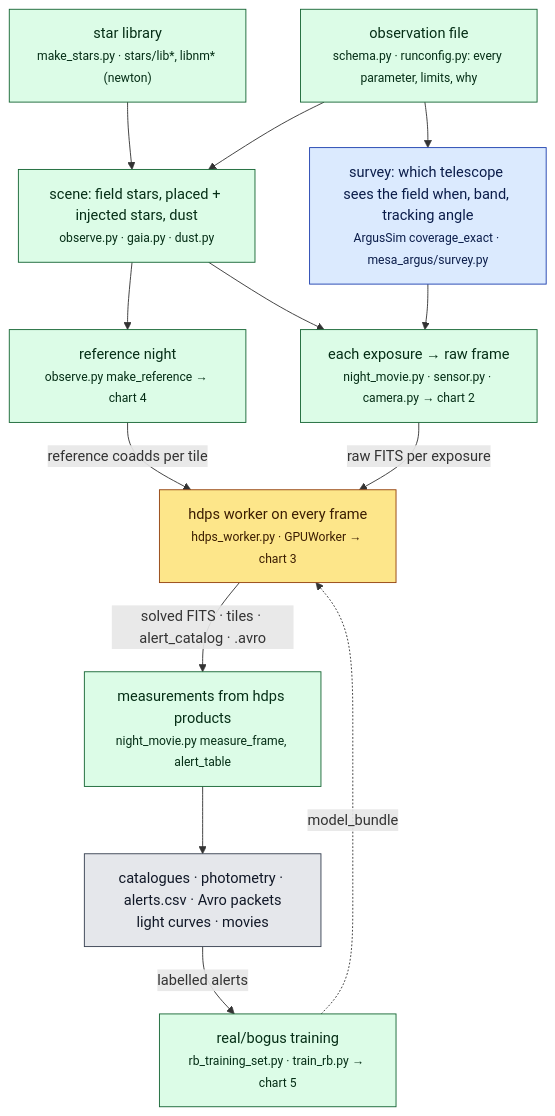
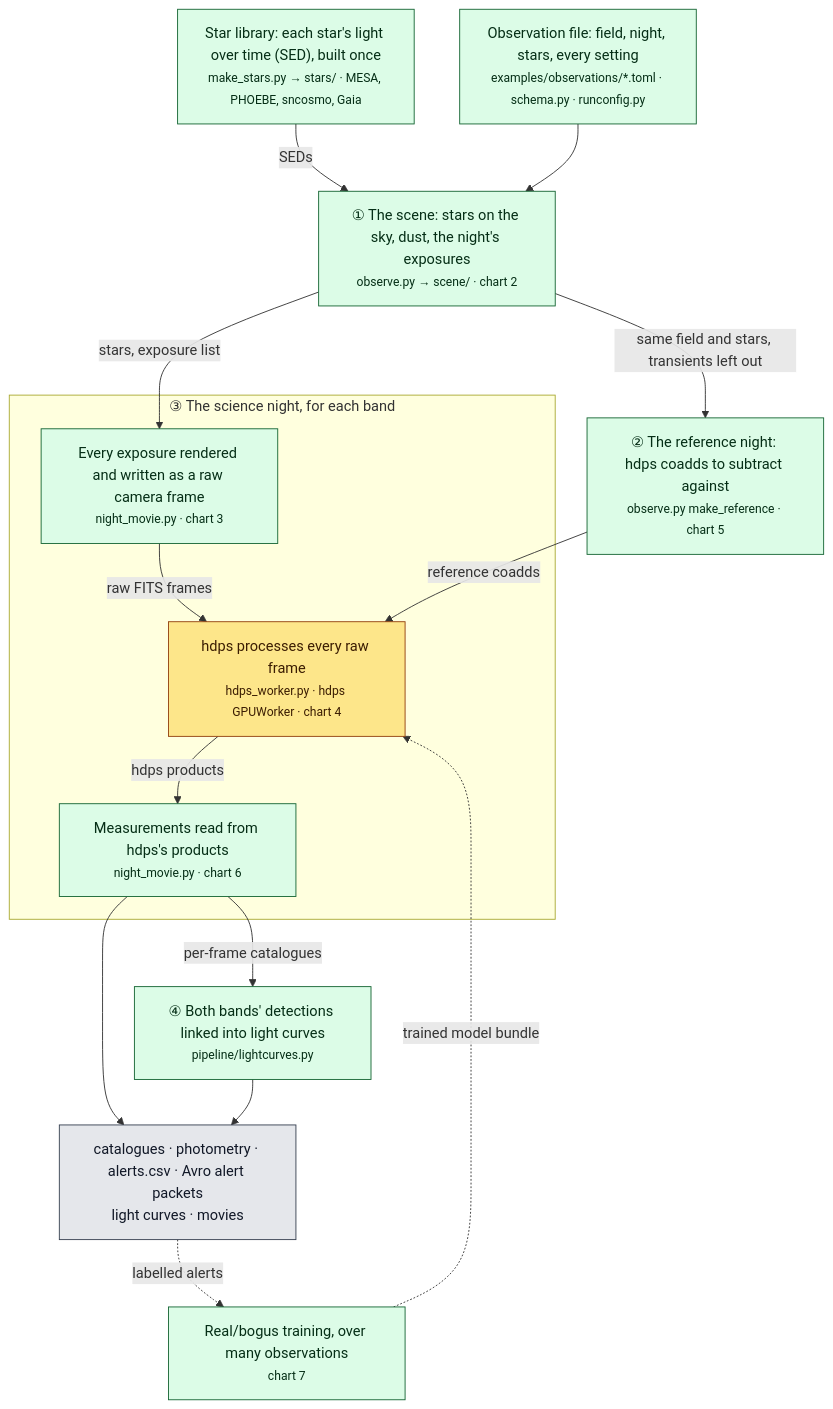
The first of 7 diagrams in docs/PIPELINE.md (nialljmiller/MESA_Argus), drawn with Mermaid before and after one commit. The commit also changed other lines of this file and 1 other file, not shown here.

````diff
--- a/docs/PIPELINE.md
+++ b/docs/PIPELINE.md
@@ -25,32 +35,36 @@
 ```mermaid
 flowchart TD
   classDef argus fill:#dbeafe,stroke:#1e40af,color:#0b1d4a
   classDef ours fill:#dcfce7,stroke:#166534,color:#052e16
   classDef hdps fill:#fde68a,stroke:#92400e,color:#3b1d02
-  classDef toy fill:#fecaca,stroke:#991b1b,color:#450a0a
   classDef out fill:#e5e7eb,stroke:#374151,color:#111827
 
-  LIB["star library<br/><small>make_stars.py · stars/lib*, libnm* (newton)</small>"]:::ours
-  OBS["observation file<br/><small>schema.py · runconfig.py: every parameter, limits, why</small>"]:::ours
-  SCENE["scene: field stars, placed + injected stars, dust<br/><small>observe.py · gaia.py · dust.py</small>"]:::ours
-  SURVEY["survey: which telescope sees the field when, band, tracking angle<br/><small>ArgusSim coverage_exact · mesa_argus/survey.py</small>"]:::argus
-  REF["reference night<br/><small>observe.py make_reference → chart 4</small>"]:::ours
-  EXP["each exposure → raw frame<br/><small>night_movie.py · sensor.py · camera.py → chart 2</small>"]:::ours
-  HDPS["hdps worker on every frame<br/><small>hdps_worker.py · GPUWorker → chart 3</small>"]:::hdps
-  MEAS["measurements from hdps products<br/><small>night_movie.py measure_frame, alert_table</small>"]:::ours
-  OUT["catalogues · photometry · alerts.csv · Avro packets<br/>light curves · movies"]:::out
-  TRAIN["real/bogus training<br/><small>rb_training_set.py · train_rb.py → chart 5</small>"]:::ours
+  LIB["Star library: each star's light over time (SED), built once<br/><small>make_stars.py → stars/ · MESA, PHOEBE, sncosmo, Gaia</small>"]:::ours
+  OBS["Observation file: field, night, stars, every setting<br/><small>examples/observations/*.toml · schema.py · runconfig.py</small>"]:::ours
 
-  LIB --> SCENE
+  SCENE["① The scene: stars on the sky, dust, the night's exposures<br/><small>observe.py → scene/ · chart 2</small>"]:::ours
+  REF["② The reference night: hdps coadds to subtract against<br/><small>observe.py make_reference · chart 5</small>"]:::ours
+
+  subgraph NIGHT["③ The science night, for each band"]
+    EXP["Every exposure rendered and written as a raw camera frame<br/><small>night_movie.py · chart 3</small>"]:::ours
+    HDPS["hdps processes every raw frame<br/><small>hdps_worker.py · hdps GPUWorker · chart 4</small>"]:::hdps
+    MEAS["Measurements read from hdps's products<br/><small>night_movie.py · chart 6</small>"]:::ours
+  end
+
+  LINK["④ Both bands' detections linked into light curves<br/><small>pipeline/lightcurves.py</small>"]:::ours
+  OUT["catalogues · photometry · alerts.csv · Avro alert packets<br/>light curves · movies"]:::out
+  TRAIN["Real/bogus training, over many observations<br/><small>chart 7</small>"]:::ours
+
+  LIB -->|"SEDs"| SCENE
   OBS --> SCENE
-  OBS --> SURVEY
-  SCENE --> REF
-  SCENE --> EXP
-  SURVEY --> EXP
-  REF -->|"reference coadds per tile"| HDPS
-  EXP -->|"raw FITS per exposure"| HDPS
-  HDPS -->|"solved FITS · tiles · alert_catalog · .avro"| MEAS
+  SCENE -->|"same field and stars, transients left out"| REF
+  SCENE -->|"stars, exposure list"| EXP
+  EXP -->|"raw FITS frames"| HDPS
+  REF -->|"reference coadds"| HDPS
+  HDPS -->|"hdps products"| MEAS
+  MEAS -->|"per-frame catalogues"| LINK
   MEAS --> OUT
-  OUT -->|"labelled alerts"| TRAIN
-  TRAIN -.->|"model_bundle"| HDPS
+  LINK --> OUT
+  OUT -.->|"labelled alerts"| TRAIN
+  TRAIN -.->|"trained model bundle"| HDPS
 ```
````
